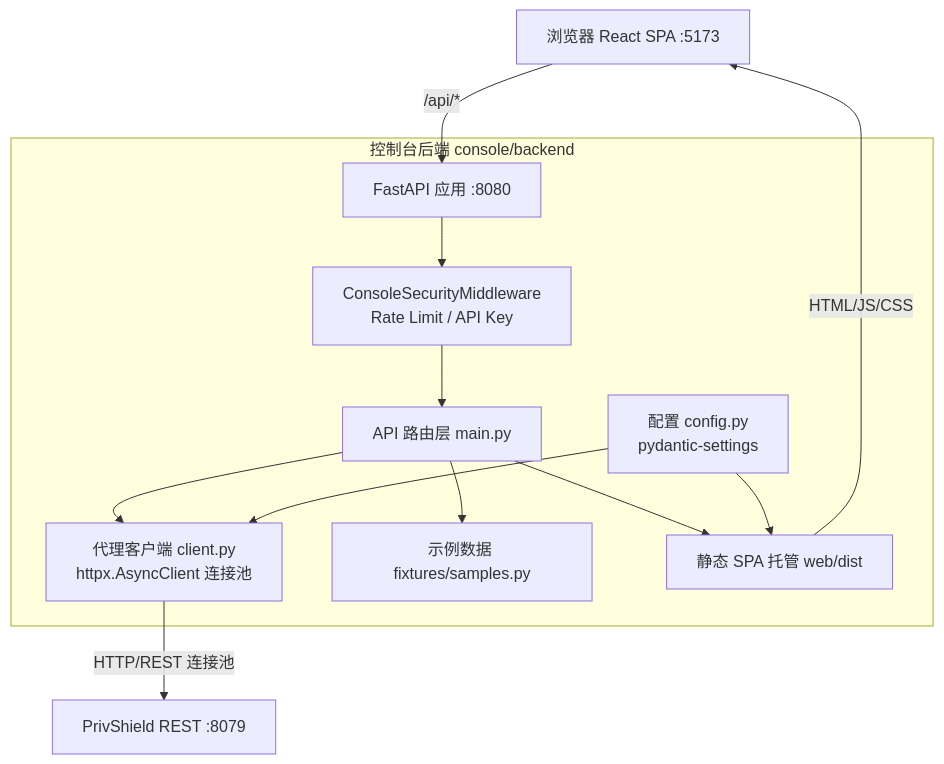
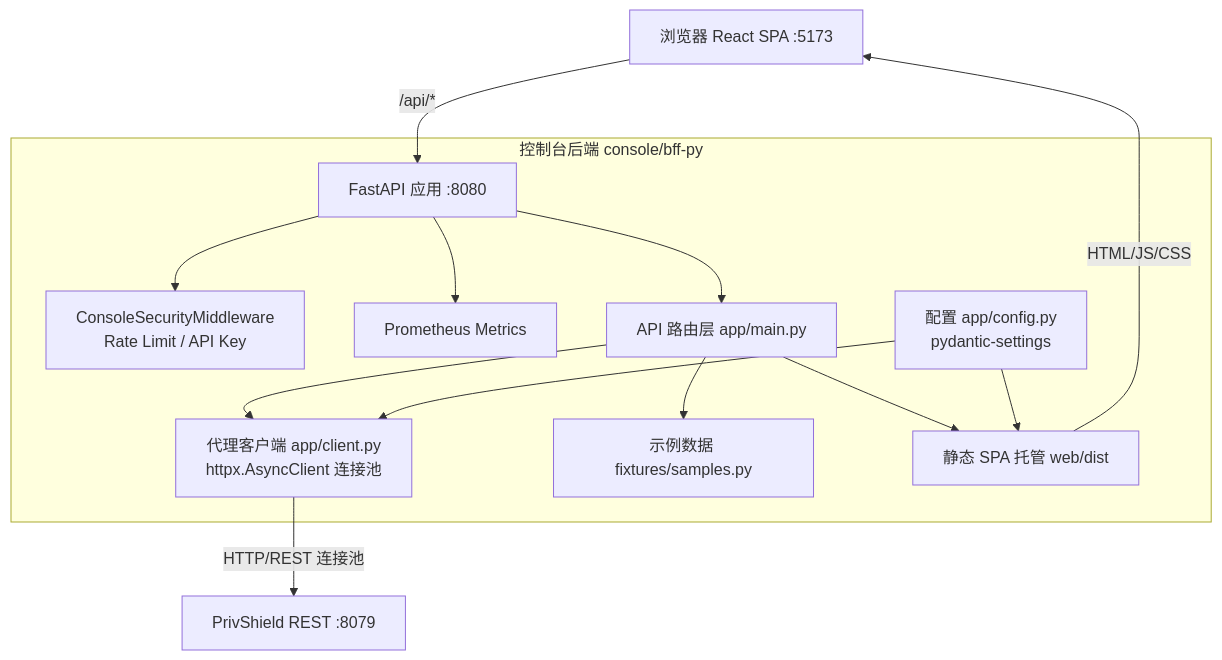
Before and after one commit to fengzhizi319/PrivShield: the diagram in console/bff-py/docs/design.md, drawn with Mermaid. The commit also changed other lines of this file and 14 other files, not shown here.

Commit message:
docs: synchronize documentation with restructured directory layout, enterprise services, and console BFF architecture

````diff
--- a/console/bff-py/docs/design.md
+++ b/console/bff-py/docs/design.md
@@ -22,17 +22,18 @@
 ```mermaid
 graph TD
     Browser[浏览器 React SPA :5173] -- /api/* --> FastAPIApp[FastAPI 应用 :8080]
 
-    subgraph PythonBackend [控制台后端 console/backend]
+    subgraph PythonBackend [控制台后端 console/bff-py]
         FastAPIApp --> SecMid[ConsoleSecurityMiddleware<br/>Rate Limit / API Key]
-        SecMid --> Routes[API 路由层 main.py]
-        Routes --> Client[代理客户端 client.py<br/>httpx.AsyncClient 连接池]
+        FastAPIApp --> OpenTelemetry[Prometheus Metrics]
+        FastAPIApp --> Routes[API 路由层 app/main.py]
+        Routes --> Client[代理客户端 app/client.py<br/>httpx.AsyncClient 连接池]
         Routes --> Samples[示例数据 fixtures/samples.py]
         Routes --> Static[静态 SPA 托管 web/dist]
-        Config[配置 config.py<br/>pydantic-settings] --> Client
+        Config[配置 app/config.py<br/>pydantic-settings] --> Client
         Config --> Static
     end
 
     Client -- HTTP/REST 连接池 --> Agent[PrivShield REST :8079]
     Static -- HTML/JS/CSS --> Browser
 ```
````
